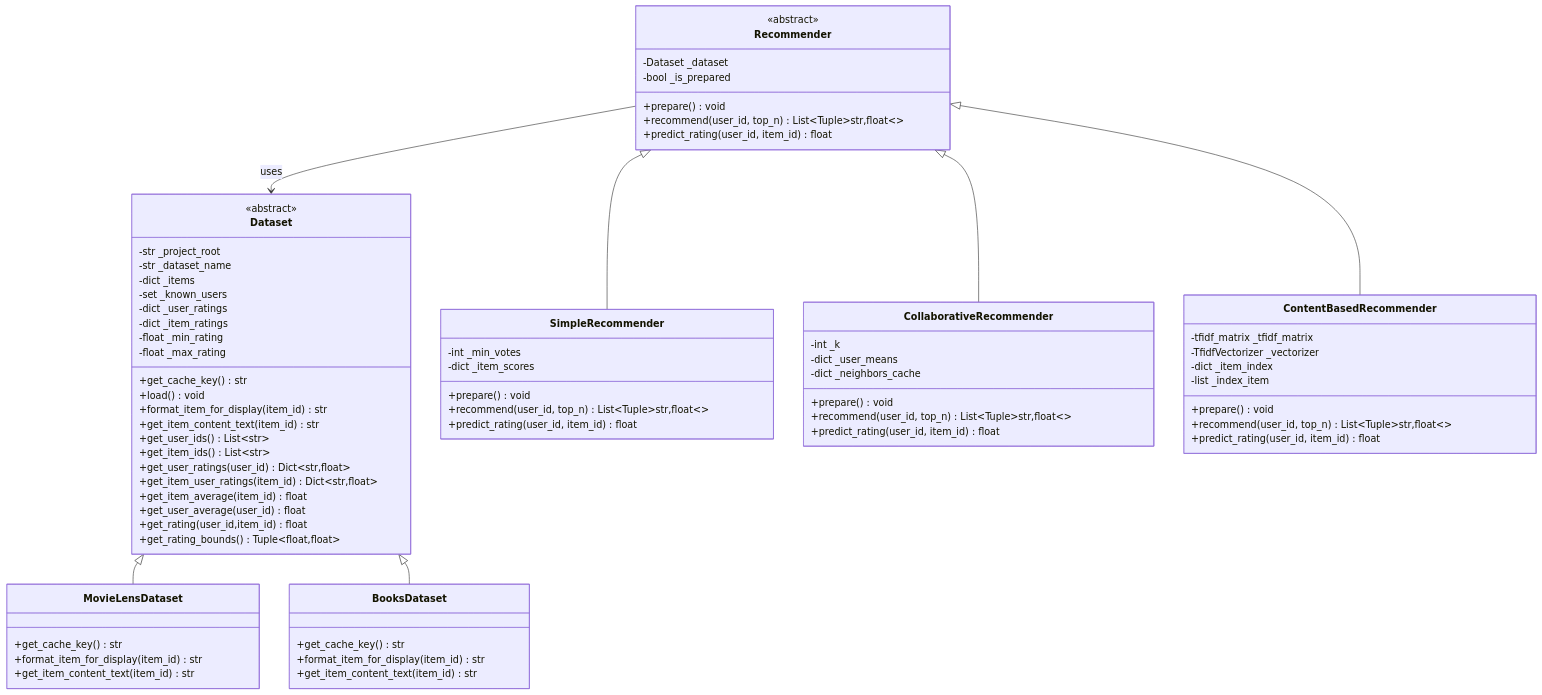
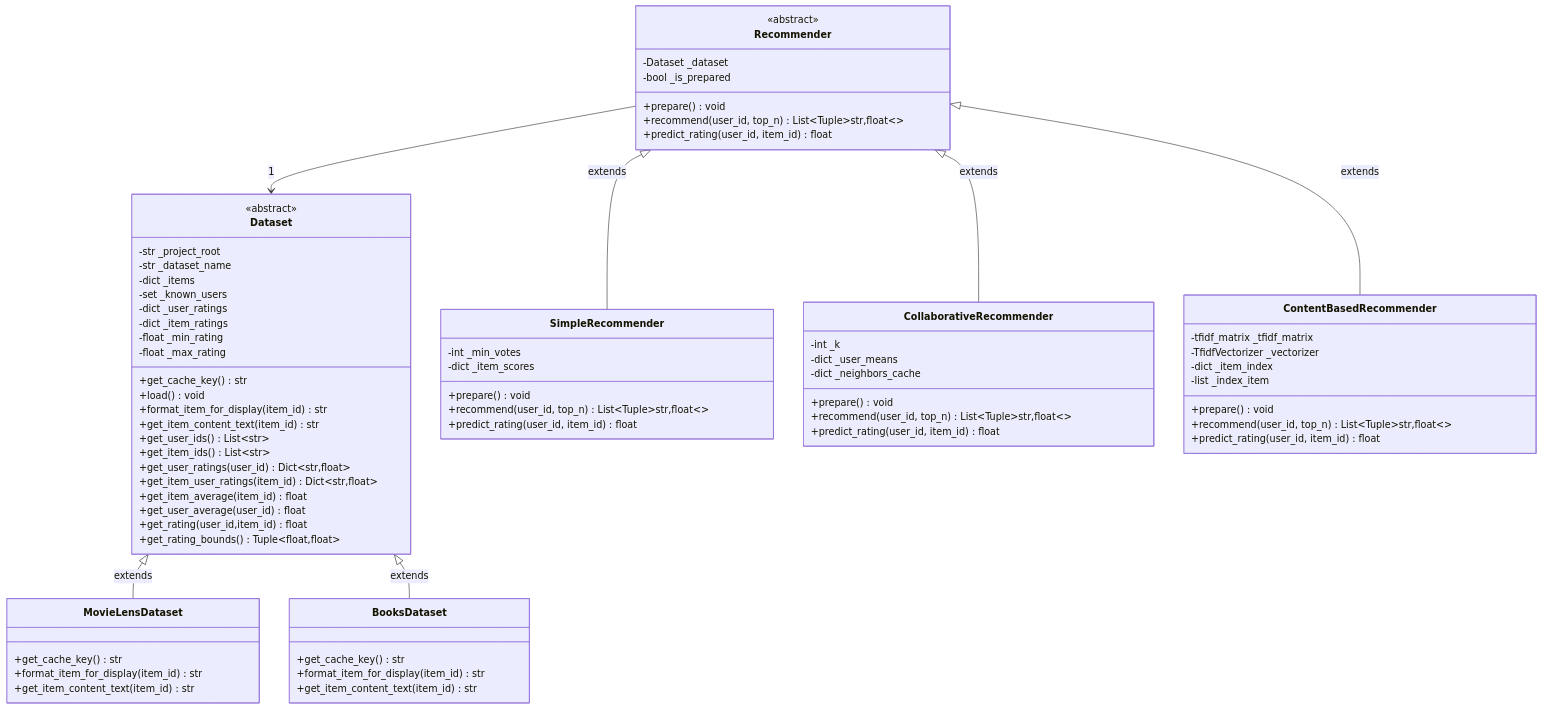
One commit to Braisfabrega/modular-recommender changed the first of 7 diagrams in README.md. Above: the diagram before and after it, drawn with Mermaid.

Commit message:
Update diagrama de lases

````diff
--- a/README.md
+++ b/README.md
@@ -108,8 +108,8 @@
     +get_item_content_text(item_id) str
   }
 
-  Dataset <|-- MovieLensDataset
-  Dataset <|-- BooksDataset
+  Dataset <|-- MovieLensDataset : extends
+  Dataset <|-- BooksDataset : extends
 
   class Recommender {
     <<abstract>>
@@ -147,9 +147,9 @@
     +predict_rating(user_id, item_id) float
   }
 
-  Recommender <|-- SimpleRecommender
-  Recommender <|-- CollaborativeRecommender
-  Recommender <|-- ContentBasedRecommender
+  Recommender <|-- SimpleRecommender : extends
+  Recommender <|-- CollaborativeRecommender : extends
+  Recommender <|-- ContentBasedRecommender : extends
 
-  Recommender --> Dataset : uses
+  Recommender --> Dataset : 1
 ```
````
